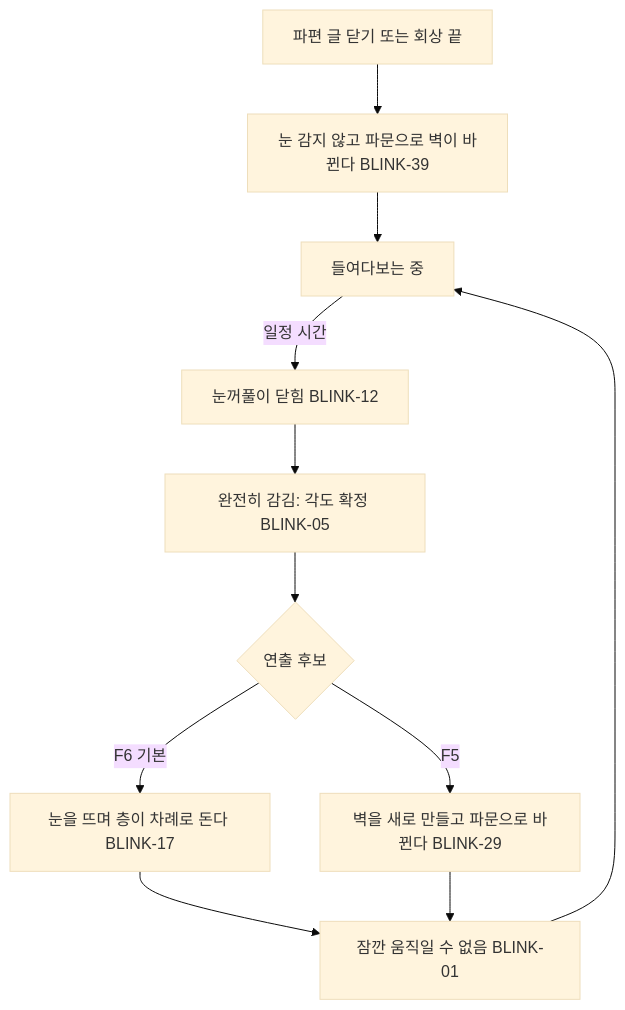
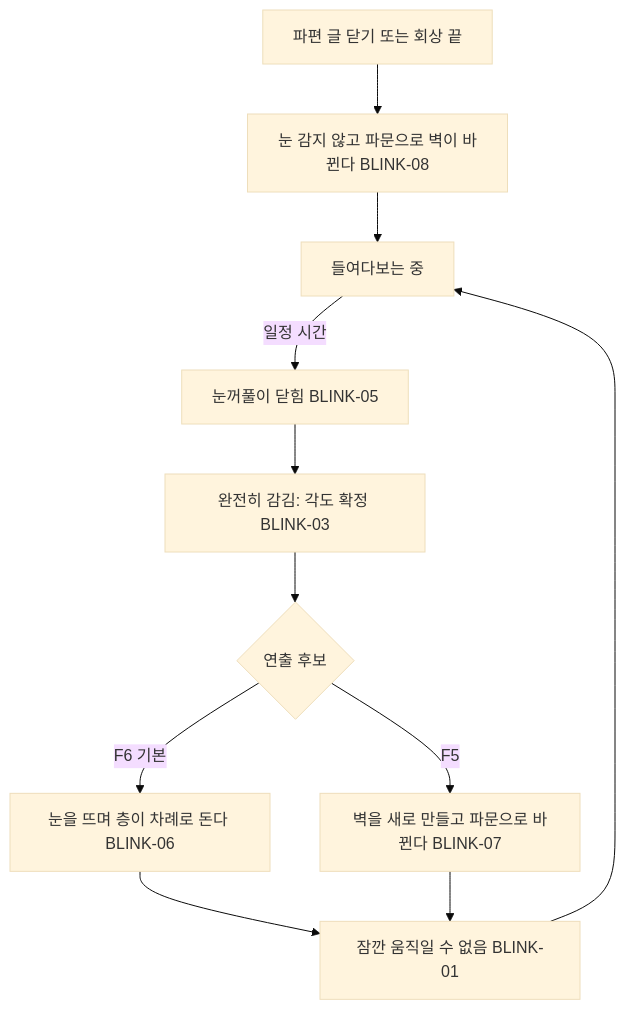
The diagram in docs/specs/blink-maze.md (xpaklove12-lang/Corner1), drawn with Mermaid (base theme) before and after one commit. The commit also changed other lines of this file and 9 other files, not shown here.

````diff
--- a/docs/specs/blink-maze.md
+++ b/docs/specs/blink-maze.md
@@ -9,13 +9,13 @@
 ```mermaid
 flowchart TD
-    A[들여다보는 중] -->|일정 시간| B[눈꺼풀이 닫힘 BLINK-12]
-    B --> C[완전히 감김: 각도 확정 BLINK-05]
+    A[들여다보는 중] -->|일정 시간| B[눈꺼풀이 닫힘 BLINK-05]
+    B --> C[완전히 감김: 각도 확정 BLINK-03]
     C --> D{연출 후보}
-    D -->|F6 기본| E[눈을 뜨며 층이 차례로 돈다 BLINK-17]
-    D -->|F5| F[벽을 새로 만들고 파문으로 바뀐다 BLINK-29]
+    D -->|F6 기본| E[눈을 뜨며 층이 차례로 돈다 BLINK-06]
+    D -->|F5| F[벽을 새로 만들고 파문으로 바뀐다 BLINK-07]
     E --> G[잠깐 움직일 수 없음 BLINK-01]
     F --> G
     G --> A
-    H[파편 글 닫기 또는 회상 끝] --> I[눈 감지 않고 파문으로 벽이 바뀐다 BLINK-39]
+    H[파편 글 닫기 또는 회상 끝] --> I[눈 감지 않고 파문으로 벽이 바뀐다 BLINK-08]
     I --> A
 ```
````
